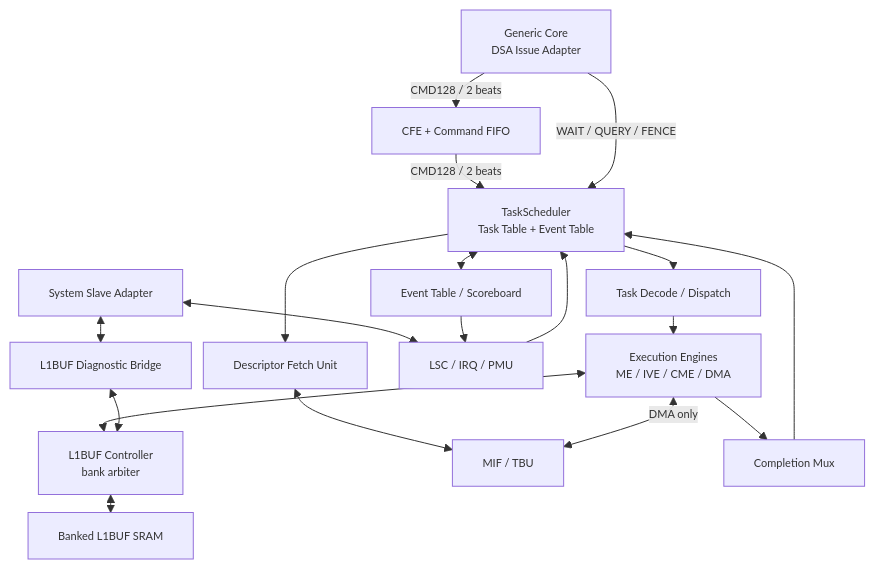
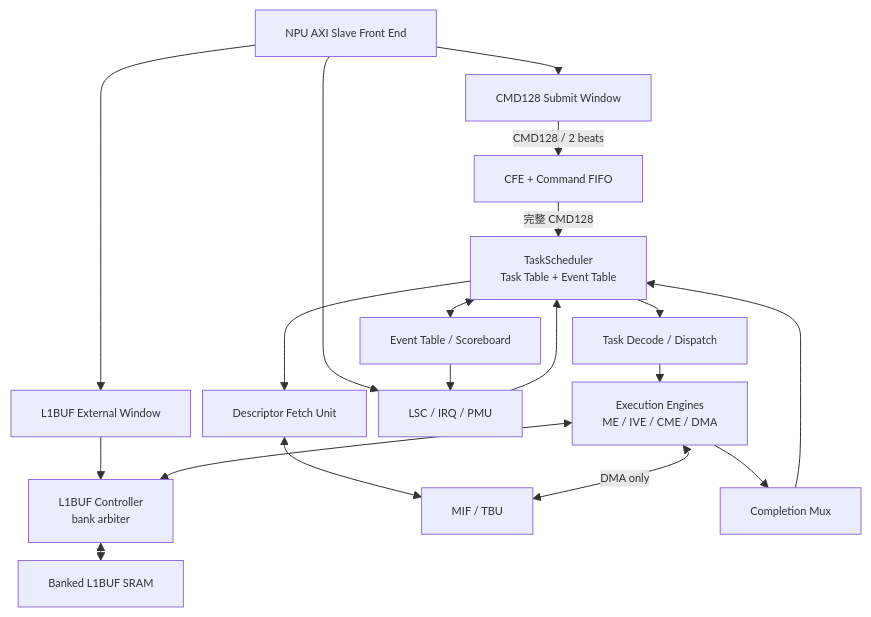
One commit to Little-W/Obsidian changed the third of 17 diagrams in NPU/NPU 指令与硬件架构设计 Spec.md. Above: the diagram before and after it, drawn with Mermaid. The commit also changed other lines of this file and 30 other files, not shown here.

````diff
--- a/NPU/NPU 指令与硬件架构设计 Spec.md
+++ b/NPU/NPU 指令与硬件架构设计 Spec.md
@@ -392,33 +396,32 @@
 ```mermaid
 %%{init: {"flowchart": {"useMaxWidth": true, "nodeSpacing": 12, "rankSpacing": 18}, "themeVariables": {"fontSize": "11px"}}}%%
 flowchart TB
-    ISSUE["Generic Core<br/>DSA Issue Adapter"]
+    AXIS["NPU AXI Slave Front End"]
+    CMDW["CMD128 Submit Window"]
     CFE["CFE + Command FIFO"]
     TS["TaskScheduler<br/>Task Table + Event Table"]
     EVT["Event Table / Scoreboard"]
     DFU["Descriptor Fetch Unit"]
     DISP["Task Decode / Dispatch"]
     ENGS["Execution Engines<br/>ME / IVE / CME / DMA"]
     ARB["L1BUF Controller<br/>bank arbiter"]
     SRAM["Banked L1BUF SRAM"]
     MIF["MIF / TBU"]
     LSC["LSC / IRQ / PMU"]
-    SSA["System Slave Adapter"]
-    L1DBG["L1BUF Diagnostic Bridge"]
+    L1WIN["L1BUF External Window"]
     DONE["Completion Mux"]
 
-    ISSUE -->|"CMD128 / 2 beats"| CFE -->|"CMD128 / 2 beats"| TS
-    ISSUE -->|"WAIT / QUERY / FENCE"| TS
+    AXIS --> CMDW -->|"CMD128 / 2 beats"| CFE -->|"完整 CMD128"| TS
+    AXIS --> LSC
+    AXIS --> L1WIN --> ARB
     TS <--> EVT
     TS --> DFU
     DFU <--> MIF
     TS --> DISP --> ENGS
     ENGS <--> ARB
     ARB <--> SRAM
     ENGS <-->|"DMA only"| MIF
     ENGS --> DONE --> TS
-    SSA <--> LSC
-    SSA <--> L1DBG <--> ARB
     EVT --> LSC
     LSC --> TS
 ```
````
